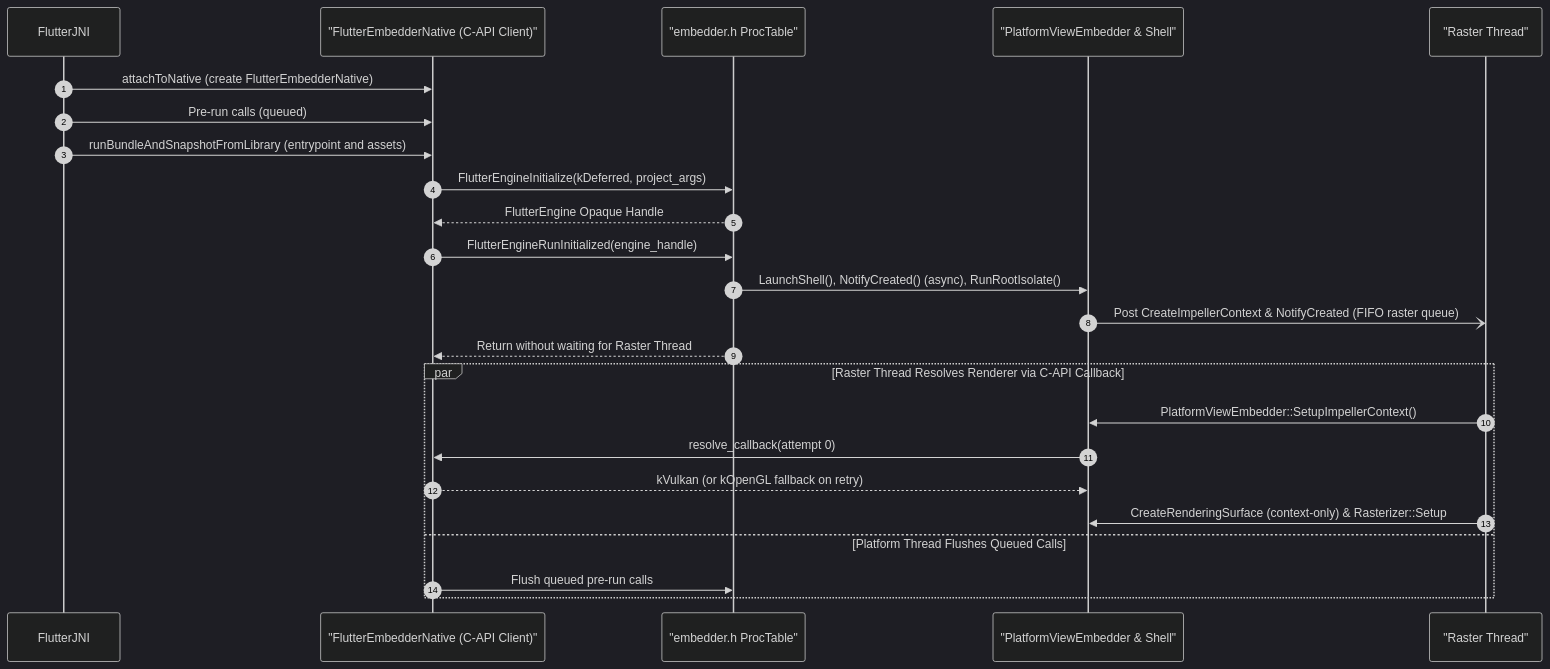
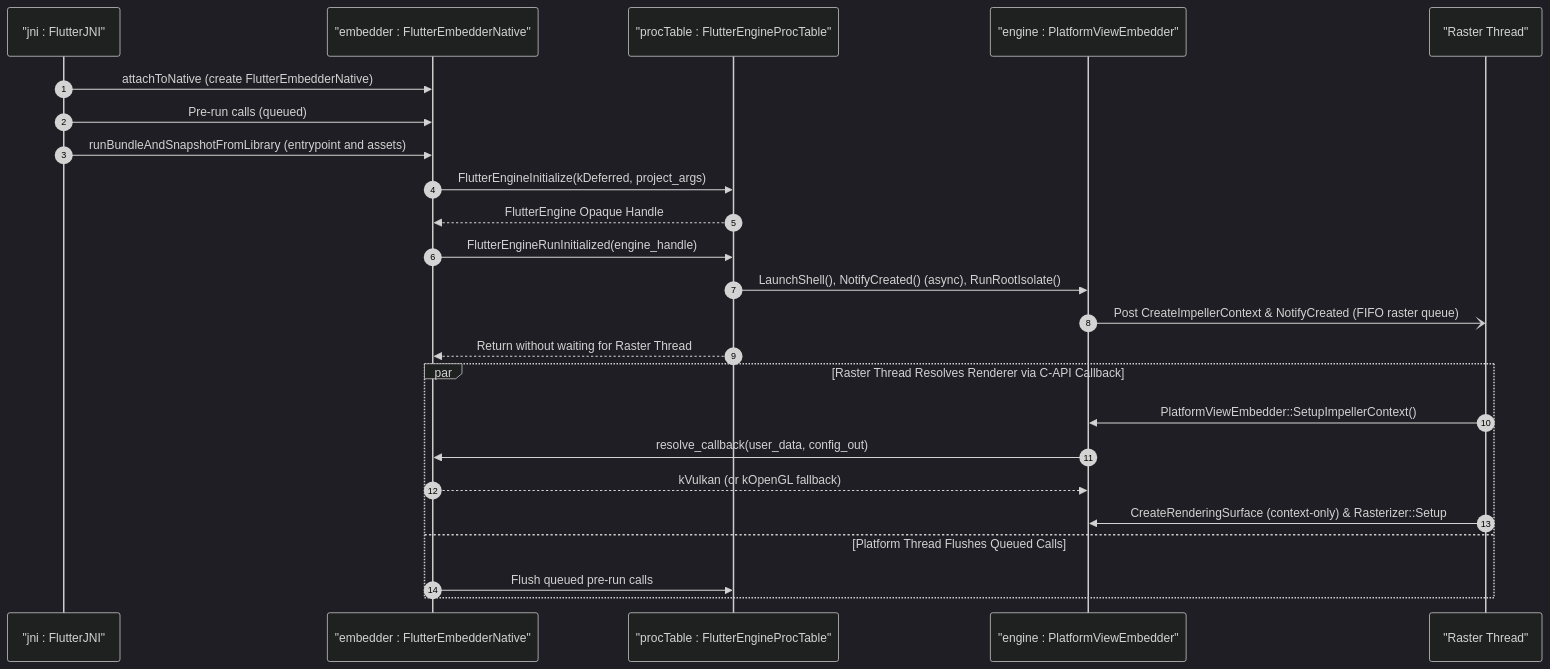
Before and after one commit to flutter/rfc: diagram 11 of 14 in rfc/410.0000-flutter-android-embedder-c-api-migration.md, drawn with Mermaid (dark theme). The commit also changed other lines of this file, not shown here.

Commit message:
Remove rejection path of vulkan checks in preference to moving checks into the Android embedder

````diff
--- a/rfc/410.0000-flutter-android-embedder-c-api-migration.md
+++ b/rfc/410.0000-flutter-android-embedder-c-api-migration.md
@@ -1211,27 +1223,27 @@
 ```mermaid
 sequenceDiagram
     autonumber
-    participant FlutterJNI
-    participant FlutterEmbedderNative as "FlutterEmbedderNative (C-API Client)"
-    participant EmbedderAPI as "embedder.h ProcTable"
-    participant Core as "PlatformViewEmbedder & Shell"
+    participant FlutterJNI as "jni : FlutterJNI"
+    participant FlutterEmbedderNative as "embedder : FlutterEmbedderNative"
+    participant EmbedderAPI as "procTable : FlutterEngineProcTable"
+    participant Core as "engine : PlatformViewEmbedder"
     participant Raster as "Raster Thread"
 
     FlutterJNI->>FlutterEmbedderNative: attachToNative (create FlutterEmbedderNative)
     FlutterJNI->>FlutterEmbedderNative: Pre-run calls (queued)
     FlutterJNI->>FlutterEmbedderNative: runBundleAndSnapshotFromLibrary (entrypoint and assets)
     FlutterEmbedderNative->>EmbedderAPI: FlutterEngineInitialize(kDeferred, project_args)
     EmbedderAPI-->>FlutterEmbedderNative: FlutterEngine Opaque Handle
     FlutterEmbedderNative->>EmbedderAPI: FlutterEngineRunInitialized(engine_handle)
     EmbedderAPI->>Core: LaunchShell(), NotifyCreated() (async), RunRootIsolate()
     Core-)Raster: Post CreateImpellerContext & NotifyCreated (FIFO raster queue)
     EmbedderAPI-->>FlutterEmbedderNative: Return without waiting for Raster Thread
     par Raster Thread Resolves Renderer via C-API Callback
         Raster->>Core: PlatformViewEmbedder::SetupImpellerContext()
-        Core->>FlutterEmbedderNative: resolve_callback(attempt 0)
-        FlutterEmbedderNative-->>Core: kVulkan (or kOpenGL fallback on retry)
+        Core->>FlutterEmbedderNative: resolve_callback(user_data, config_out)
+        FlutterEmbedderNative-->>Core: kVulkan (or kOpenGL fallback)
         Raster->>Core: CreateRenderingSurface (context-only) & Rasterizer::Setup
     and Platform Thread Flushes Queued Calls
         FlutterEmbedderNative->>EmbedderAPI: Flush queued pre-run calls
     end
 ```
````
